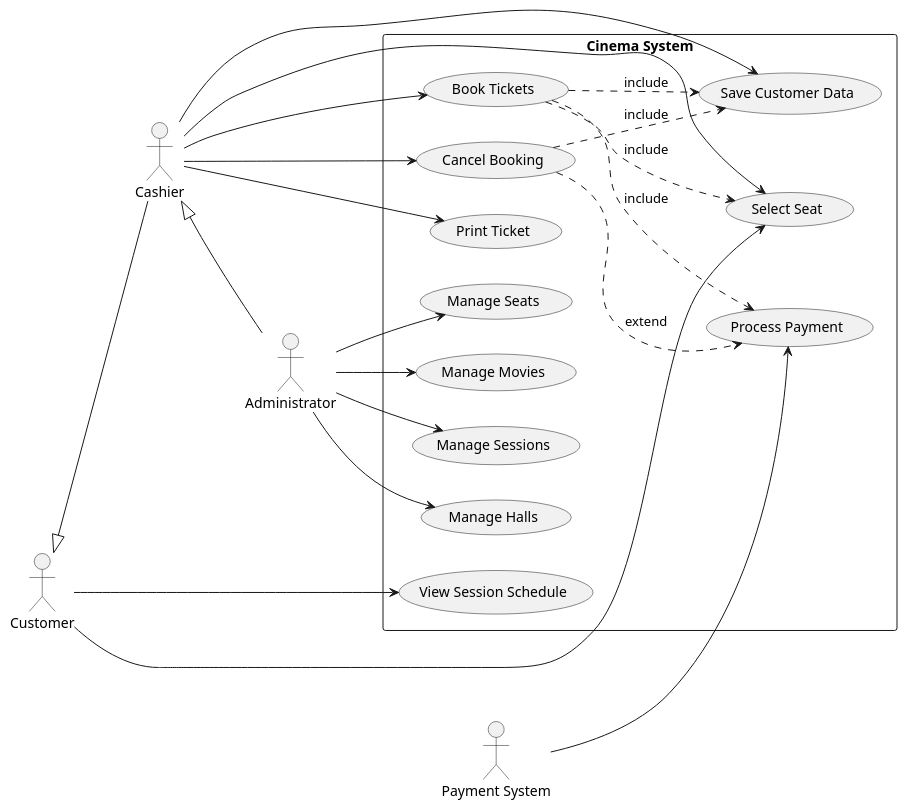
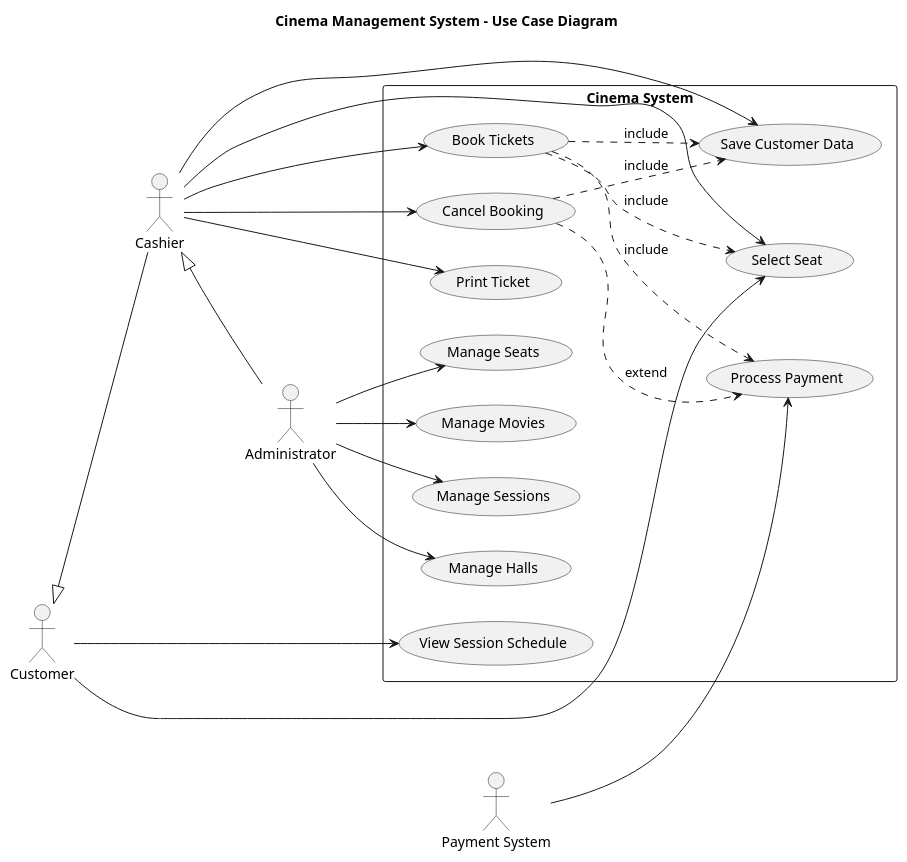
Before and after one commit to AleksD1203/Software-Engineering-Components-Labs: the diagram in Lab2/plantuml_diagram.puml, drawn with PlantUML.

Commit message:
Update UML diagram

```diff
--- a/Lab2/plantuml_diagram.puml
+++ b/Lab2/plantuml_diagram.puml
@@ -1,48 +1,49 @@
-@startuml title Cinema Management System - Use Case Diagram
+@startuml Cinema System
+title Cinema Management System - Use Case Diagram
 left to right direction
 
 actor Customer
 actor Cashier
 actor Administrator
 actor "Payment System" as Payment
 
 Customer <|-- Cashier
 Cashier <|-- Administrator
 
 rectangle "Cinema System" {
   usecase "View Session Schedule" as UC1
   usecase "Select Seat" as UC2
   usecase "Book Tickets" as UC3
   usecase "Cancel Booking" as UC4
   usecase "Save Customer Data" as UC5
   usecase "Print Ticket" as UC6
   usecase "Manage Movies" as UC7
   usecase "Manage Sessions" as UC8
   usecase "Manage Halls" as UC9
   usecase "Manage Seats" as UC10
   usecase "Process Payment" as UC11
 }
 
 Customer --> UC1
 Customer --> UC2
 
 Cashier --> UC3
 Cashier --> UC4
 Cashier --> UC5
 Cashier --> UC6
 Cashier --> UC2
 
 Administrator --> UC7
 Administrator --> UC8
 Administrator --> UC9
 Administrator --> UC10
 
 Payment --> UC11
 
 UC3 ..> UC5 : include
 UC3 ..> UC2 : include
 UC3 ..> UC11 : include
 UC4 ..> UC5 : include
 UC4 ..> UC11 : extend
 
 @enduml
```
